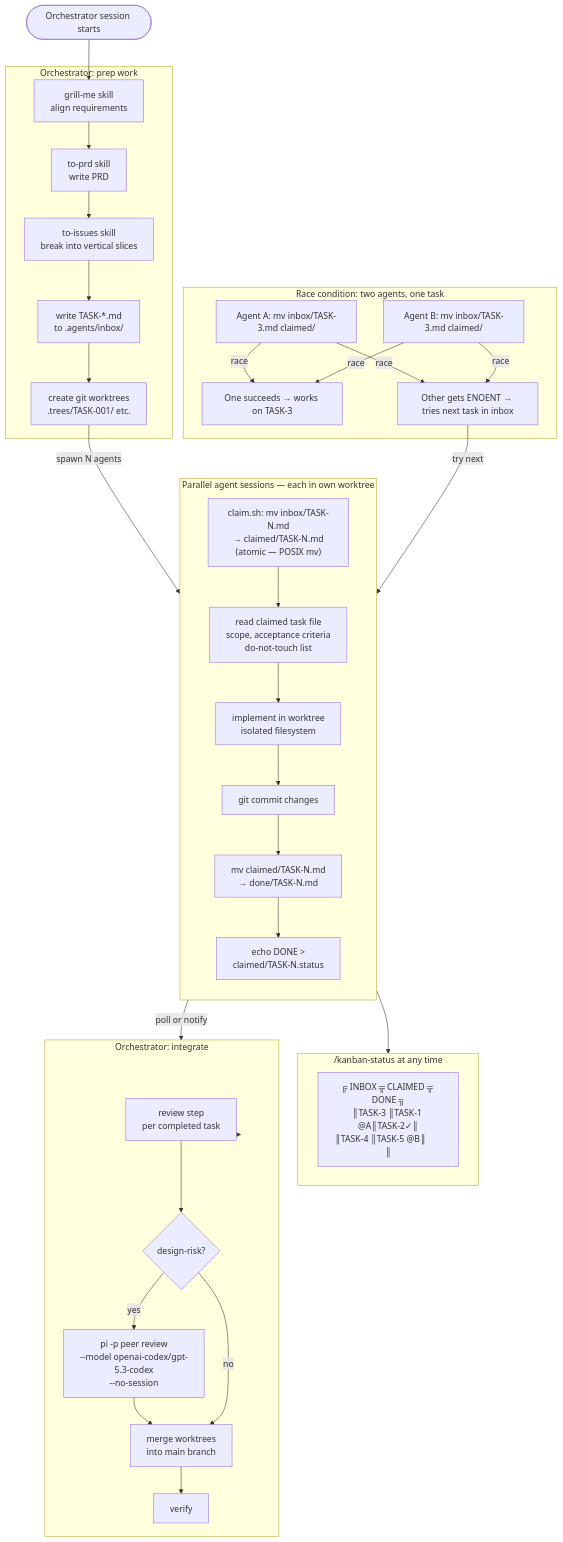
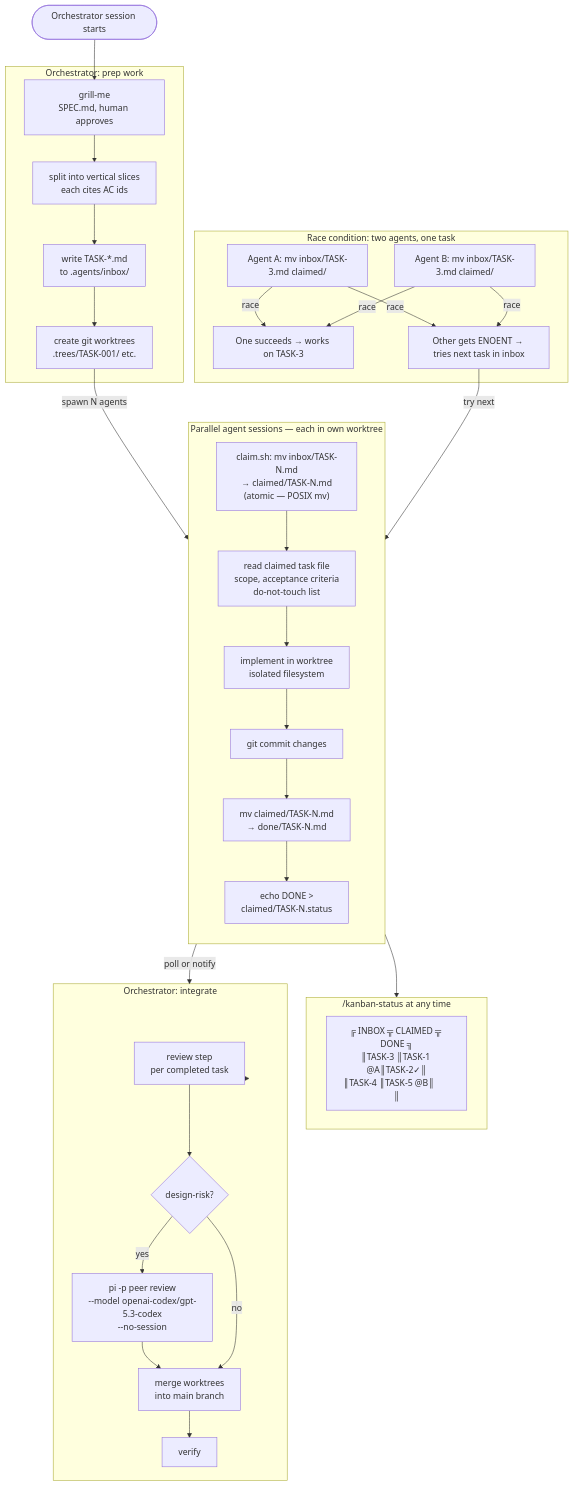
One commit to vietbui1999ru/llm-wiki changed the second of 4 diagrams in docs-site/guides/workflows.mdx. Above: the diagram before and after it, drawn with Mermaid. The commit also changed other lines of this file and 11 other files, not shown here.

````diff
--- a/docs-site/guides/workflows.mdx
+++ b/docs-site/guides/workflows.mdx
@@ -9,56 +86,55 @@
 ```mermaid
 flowchart TD
     START([Orchestrator session starts])
 
     subgraph SETUP["Orchestrator: prep work"]
-        GRILL["grill-me skill<br>align requirements"]
-        PRD["to-prd skill<br>write PRD"]
-        ISSUES["to-issues skill<br>break into vertical slices"]
+        GRILL["grill-me<br>SPEC.md, human approves"]
+        ISSUES["split into vertical slices<br>each cites AC ids"]
         INBOX_WRITE["write TASK-*.md<br>to .agents/inbox/"]
         WORKTREES["create git worktrees<br>.trees/TASK-001/ etc."]
     end
 
     subgraph AGENTS["Parallel agent sessions — each in own worktree"]
         direction TB
         CLAIM["claim.sh: mv inbox/TASK-N.md<br>→ claimed/TASK-N.md<br>(atomic — POSIX mv)"]
         READ_TASK["read claimed task file<br>scope, acceptance criteria<br>do-not-touch list"]
         IMPL["implement in worktree<br>isolated filesystem"]
         COMMIT[git commit changes]
         MOVE_DONE["mv claimed/TASK-N.md<br>→ done/TASK-N.md"]
         STATUS["echo DONE ><br>claimed/TASK-N.status"]
     end
 
     subgraph RACE["Race condition: two agents, one task"]
         AG1["Agent A: mv inbox/TASK-3.md claimed/"]
         AG2["Agent B: mv inbox/TASK-3.md claimed/"]
         WIN["One succeeds → works on TASK-3"]
         LOSE["Other gets ENOENT → tries next task in inbox"]
     end
 
     subgraph KANBAN["/kanban-status at any time"]
         BOARD["╔ INBOX ╦ CLAIMED ╦ DONE ╗<br>║TASK-3 ║TASK-1 @A║TASK-2✓║<br>║TASK-4 ║TASK-5 @B║       ║"]
     end
 
     subgraph MERGE["Orchestrator: integrate"]
         REVIEW["review step<br>per completed task"]
         COUNCIL_GATE{"design-risk?"}
         COUNCIL_RUN["pi -p peer review<br>--model openai-codex/gpt-5.3-codex<br>--no-session"]
         MERGE_WT["merge worktrees<br>into main branch"]
         VERIFY["verify"]
     end
 
-    START --> GRILL --> PRD --> ISSUES --> INBOX_WRITE --> WORKTREES
+    START --> GRILL --> ISSUES --> INBOX_WRITE --> WORKTREES
     WORKTREES -->|spawn N agents| CLAIM
 
     CLAIM --> READ_TASK --> IMPL --> COMMIT --> MOVE_DONE --> STATUS
 
     AG1 & AG2 -->|race| WIN & LOSE
     LOSE -->|try next| CLAIM
 
     STATUS -->|poll or notify| MERGE
     MOVE_DONE --> KANBAN
 
     MERGE --> REVIEW --> COUNCIL_GATE
     COUNCIL_GATE -->|yes| COUNCIL_RUN --> MERGE_WT
     COUNCIL_GATE -->|no| MERGE_WT --> VERIFY
 ```
````
